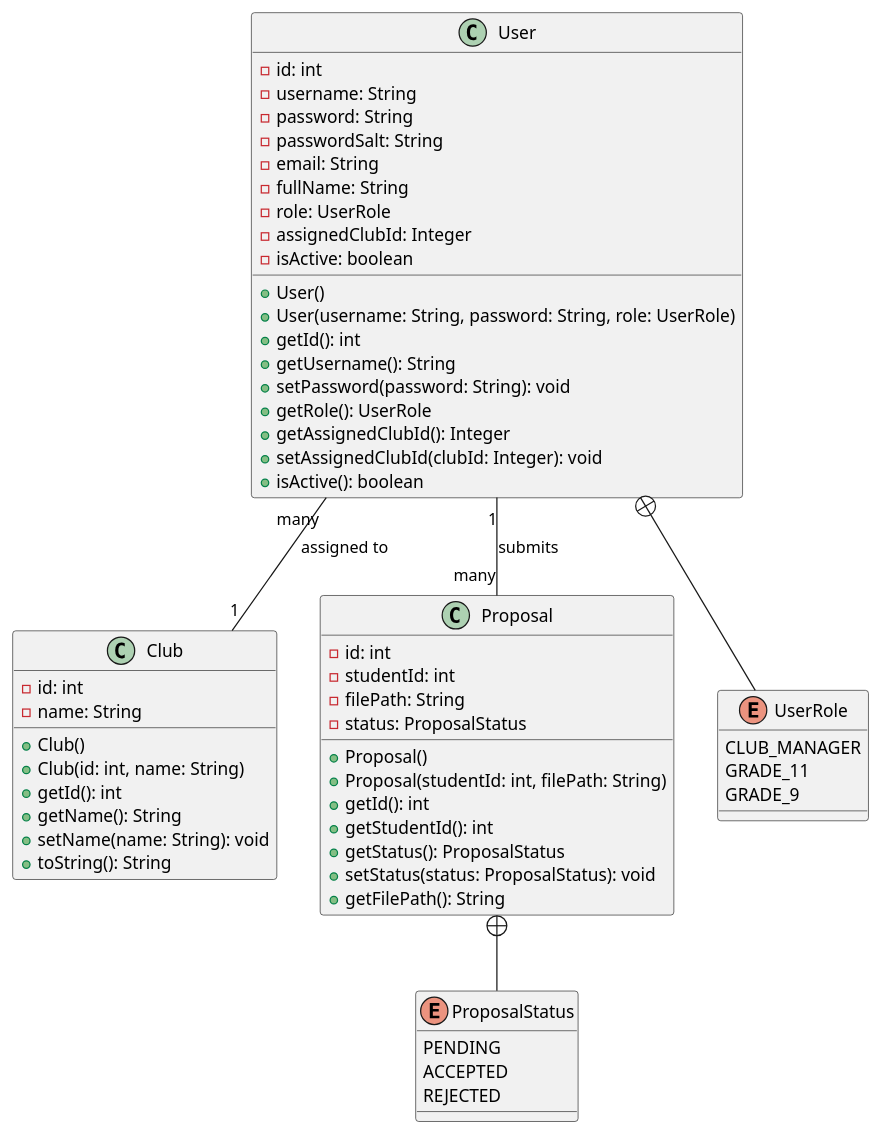
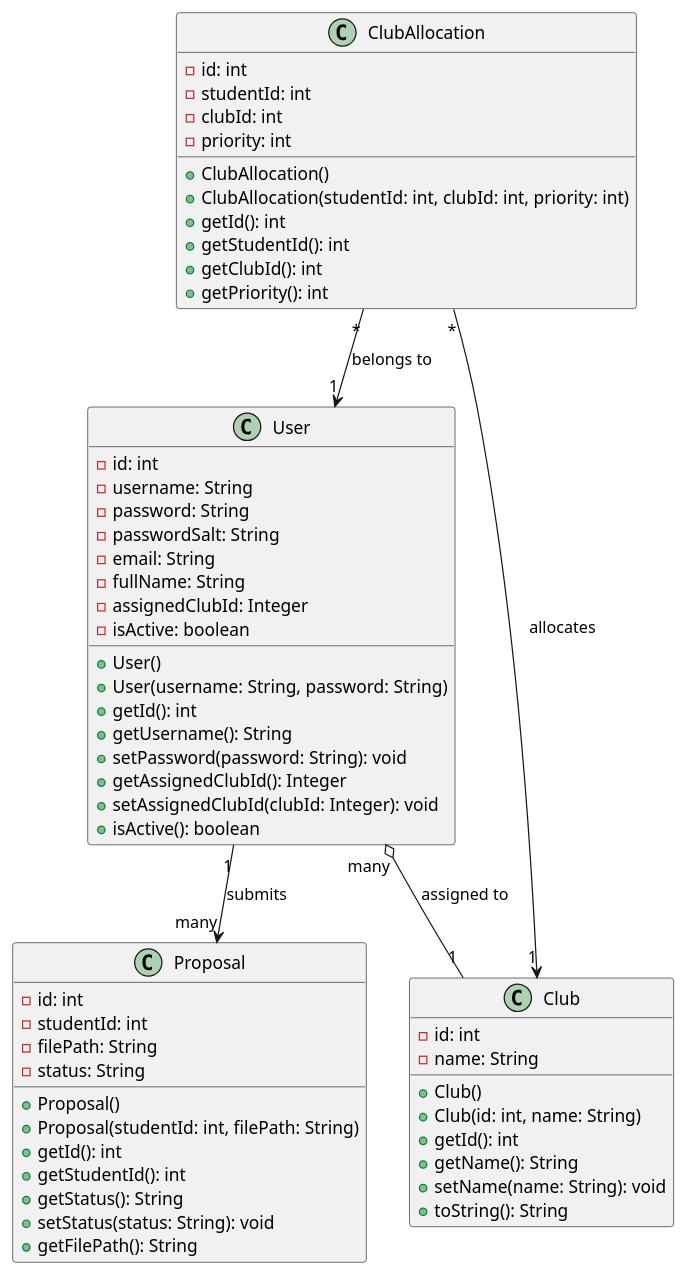
Before and after one commit to hybr/iacm: the diagram in club-management-system/club-models-diagram.puml, drawn with PlantUML. The commit also changed 4 other files, not shown here.

Commit message:
new plantuml

```diff
--- a/club-management-system/club-models-diagram.puml
+++ b/club-management-system/club-models-diagram.puml
@@ -1,66 +1,65 @@
 @startuml Club Management Models
 
 class User {
   - id: int
   - username: String
   - password: String
   - passwordSalt: String
   - email: String
   - fullName: String
-  - role: UserRole
   - assignedClubId: Integer
   - isActive: boolean
   + User()
-  + User(username: String, password: String, role: UserRole)
+  + User(username: String, password: String)
   + getId(): int
   + getUsername(): String
   + setPassword(password: String): void
-  + getRole(): UserRole
   + getAssignedClubId(): Integer
   + setAssignedClubId(clubId: Integer): void
   + isActive(): boolean
 }
 
 class Club {
   - id: int
   - name: String
   + Club()
   + Club(id: int, name: String)
   + getId(): int
   + getName(): String
   + setName(name: String): void
   + toString(): String
 }
 
 class Proposal {
   - id: int
   - studentId: int
   - filePath: String
-  - status: ProposalStatus
+  - status: String
   + Proposal()
   + Proposal(studentId: int, filePath: String)
   + getId(): int
   + getStudentId(): int
-  + getStatus(): ProposalStatus
-  + setStatus(status: ProposalStatus): void
+  + getStatus(): String
+  + setStatus(status: String): void
   + getFilePath(): String
 }
 
-enum UserRole {
-  CLUB_MANAGER
-  GRADE_11
-  GRADE_9
+class ClubAllocation {
+  - id: int
+  - studentId: int
+  - clubId: int
+  - priority: int
+  + ClubAllocation()
+  + ClubAllocation(studentId: int, clubId: int, priority: int)
+  + getId(): int
+  + getStudentId(): int
+  + getClubId(): int
+  + getPriority(): int
 }
 
-enum ProposalStatus {
-  PENDING
-  ACCEPTED
-  REJECTED
-}
-
-User "many" -- "1" Club : assigned to
-User "1" -- "many" Proposal : submits
-User +-- UserRole
-Proposal +-- ProposalStatus
+User "many" o-- "1" Club : assigned to
+User "1" --> "many" Proposal : submits
+ClubAllocation "*" --> "1" User : belongs to
+ClubAllocation "*" --> "1" Club : allocates
 
 @enduml
```
